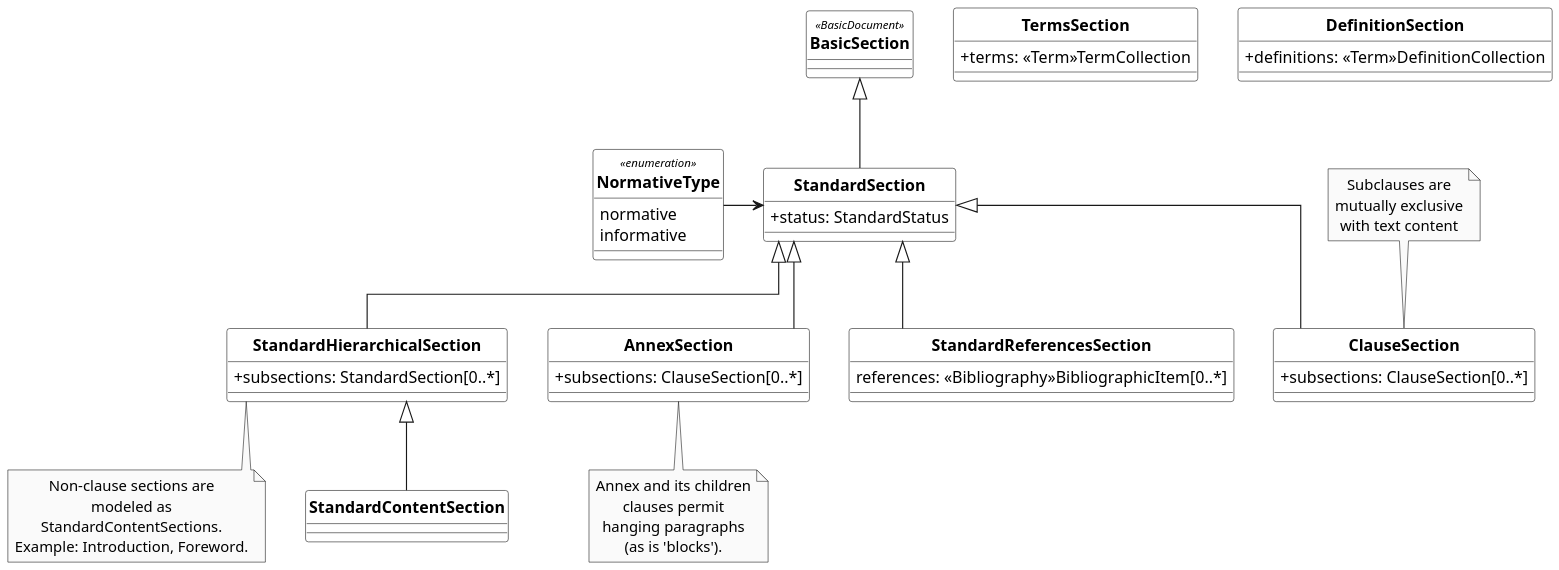
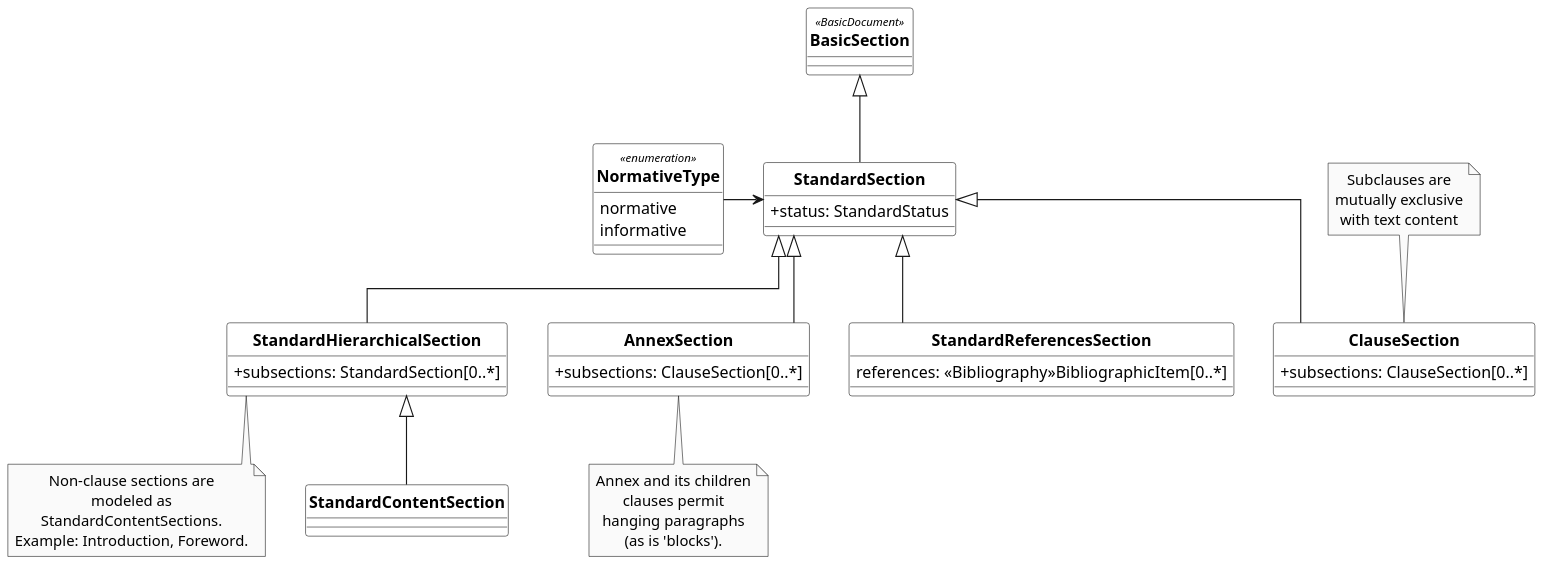
The diagram in standoc_uml/StandardDoc_Sections.wsd (CalConnect/csd-standard-doc), drawn with PlantUML before and after one commit. The commit also changed 3 other files, not shown here.

```diff
--- a/standoc_uml/StandardDoc_Sections.wsd
+++ b/standoc_uml/StandardDoc_Sections.wsd
@@ -1,115 +1,107 @@
 @startuml StandardDoc_Sections
 /'
 Diagram:        StandardDoc_Sections
 DateCreate:     22/08/2018
 Description:    Metanorma StandardDocument ("StanDoc") is a family of document models that forms the basis of Metanorma IsoDoc, which is used to represent 
                 ISO Standards and similarly structured standards. It itself is an instantiation of BasicDocument (BasicDoc)
                 It is one of the document models that Selagraph operates on.
                 Metanorma StandardDocument itself is a document model can form the basis of multiple standard document types, including:
                 
                 - ISO Standards
                 - CSD Standards
                 - Chinese Standards (GB and family)
                 
                 The Relaton Bibliography UML models used within these models are located here: Relaton BibModels
 
 Hystory of changes:
 > DD/MM/YYYY
     - 
     - 
 '/
 
 '******* CONFIGURATION ************************************************
 skinparam classAttributeIconSize 0
 skinparam Dpi 150
 skinparam Monochrome true
 skinparam LineType ortho
 hide circle
 /' skinparam CircledCharacterRadius 0 '/
 /' skinparam CircledCharacterFontSize 0 '/
 skinparam Default {
 TextAlignment center
 FontName Helvetica
 }
 skinparam Class {
 AttributeIconSize 0
 BackgroundColor White
 FontStyle bold
 StereotypeFontSize 10
 }
 skinparam Rectangle {
 BackgroundColor White
 FontStyle bold
 FontSize 11
 StereotypeFontSize 10
 }
 skinparam Object {
 BackgroundColor White
 FontStyle bold
 FontSize 11
 StereotypeFontSize 10
 }
 
 skinparam Entity {
 StereotypeFontSize 10
 }
 
 '******* CLASS DEFINITION *********************************************
 class BasicSection <<BasicDocument>> {
    
 }
 
 class StandardSection {
     +status: StandardStatus
 }
 
 class StandardHierarchicalSection{
     +subsections: StandardSection[0..*]
 }
 
 class StandardContentSection{
 
 }
 
 class ClauseSection{
     +subsections: ClauseSection[0..*]
 }
 
-class TermsSection{
-    +terms: <<Term>>TermCollection
-}
-
-class DefinitionSection{
-    +definitions: <<Term>>DefinitionCollection
-}
-
 class AnnexSection{
     +subsections: ClauseSection[0..*]
 }
 
 class StandardReferencesSection{
     references: <<Bibliography>>BibliographicItem[0..*]
 }
 
 enum NormativeType <<enumeration>>{
     normative
     informative
 }
 
 '******* NOTES ********************************************************
 note bottom of StandardHierarchicalSection: Non-clause sections are\nmodeled as\nStandardContentSections.\nExample: Introduction, Foreword.
 note top of ClauseSection: Subclauses are\nmutually exclusive\nwith text content
 note bottom of AnnexSection: Annex and its children\nclauses permit\nhanging paragraphs\n(as is 'blocks').
 
 '******* CLASS RELATIONS **********************************************
 BasicSection <|-- StandardSection
 
 StandardSection <-left- NormativeType
 StandardSection <|-- StandardHierarchicalSection
 StandardSection <|-- ClauseSection
 StandardSection <|-- AnnexSection
 StandardSection <|-- StandardReferencesSection
 
 StandardHierarchicalSection <|-- StandardContentSection
 
 @enduml
```
